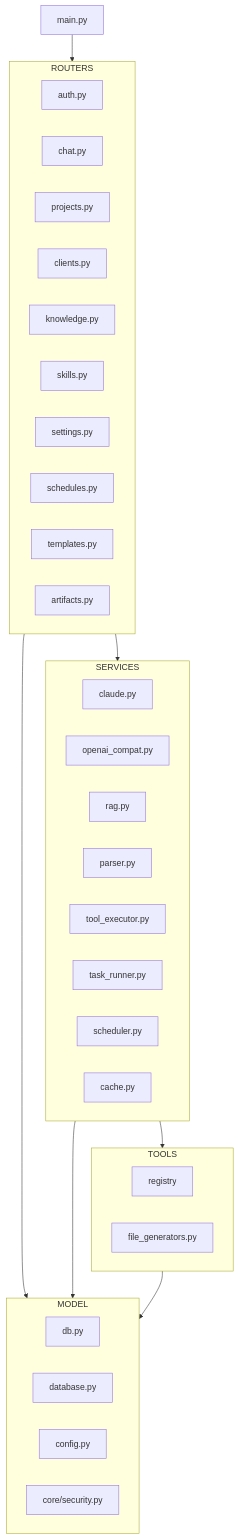
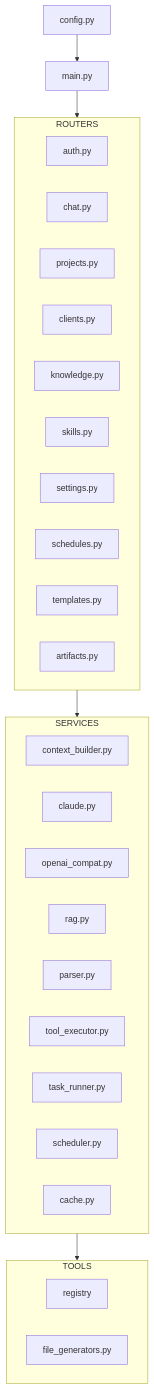
One commit to guoliang1114-boop/AriaAI changed the second of 2 diagrams in docs/06-当前架构图.md. Above: the diagram before and after it, drawn with Mermaid. The commit also changed other lines of this file and 5 other files, not shown here.

````diff
--- a/docs/06-当前架构图.md
+++ b/docs/06-当前架构图.md
@@ -63,47 +70,40 @@
 ```mermaid
 flowchart TD
     MAIN[main.py]
+    CONFIG[config.py]
 
     subgraph ROUTERS
         AUTH_R[auth.py]
         CHAT_R[chat.py]
         PROJECT_R[projects.py]
         CLIENT_R[clients.py]
         KNOW_R[knowledge.py]
         SKILL_R[skills.py]
         SET_R[settings.py]
         SCHED_R[schedules.py]
         TPL_R[templates.py]
         ART_R[artifacts.py]
     end
 
     subgraph SERVICES
+        CTX[context_builder.py]
         CLAUDE[claude.py]
         OPENAI[openai_compat.py]
         RAG[rag.py]
         PARSER[parser.py]
         EXEC[tool_executor.py]
         TASK[task_runner.py]
         SCHED[scheduler.py]
         CACHE[cache.py]
     end
 
     subgraph TOOLS
         REGISTRY[registry]
         FILEGEN[file_generators.py]
     end
 
-    subgraph MODEL
-        DBMODEL[db.py]
-        DATABASE[database.py]
-        CONFIG[config.py]
-        SECURITY[core/security.py]
-    end
-
     MAIN --> ROUTERS
+    CONFIG --> MAIN
     ROUTERS --> SERVICES
-    ROUTERS --> MODEL
     SERVICES --> TOOLS
-    SERVICES --> MODEL
-    TOOLS --> MODEL
 ```
````
